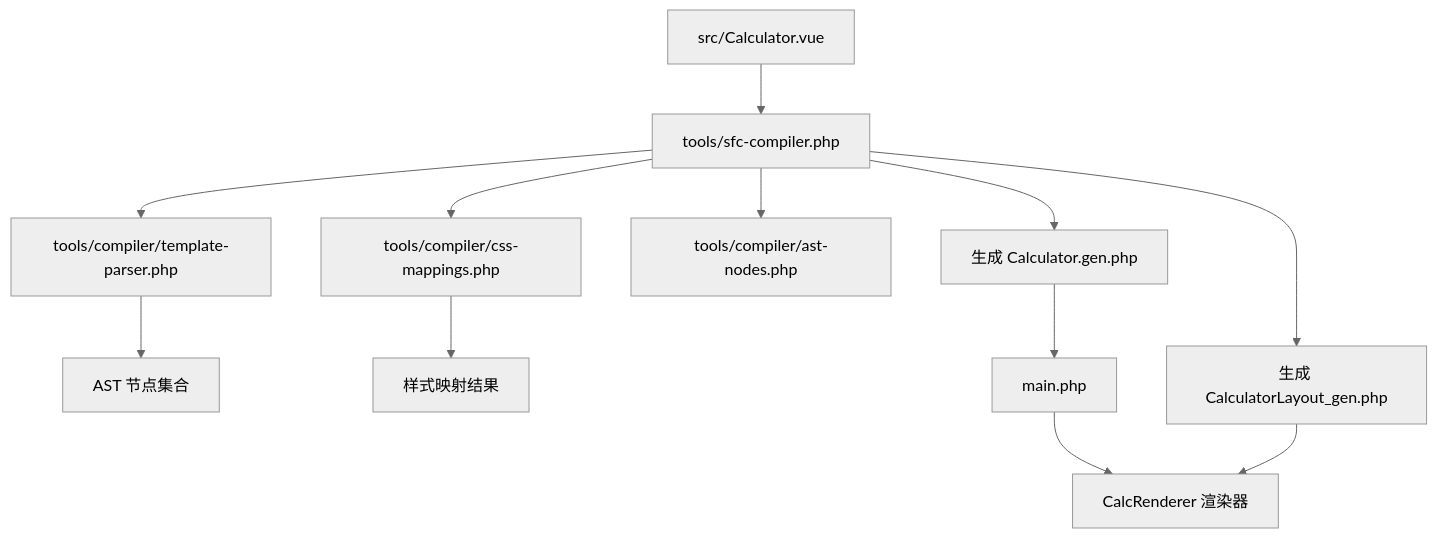
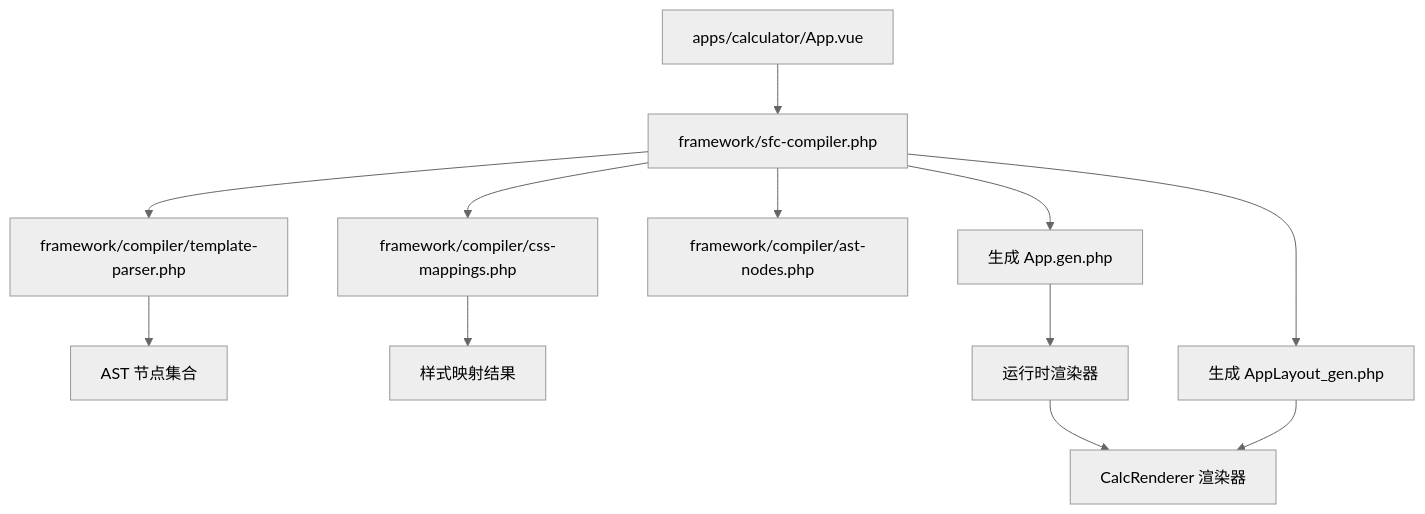
One commit to xingye00186/PHP-Data-UI-Framework-powered-by-swooleAOT changed the first of 7 diagrams in .qoder/repowiki/zh/content/SFC编译器系统/模板解析器.md. Above: the diagram before and after it, drawn with Mermaid (neutral theme). The commit also changed other lines of this file and 37 other files, not shown here.

````diff
--- a/.qoder/repowiki/zh/content/SFC编译器系统/模板解析器.md
+++ b/.qoder/repowiki/zh/content/SFC编译器系统/模板解析器.md
@@ -35,14 +44,14 @@
 ```mermaid
 graph TB
-A["src/Calculator.vue"] --> B["tools/sfc-compiler.php"]
-B --> C["tools/compiler/template-parser.php"]
-B --> D["tools/compiler/css-mappings.php"]
-B --> E["tools/compiler/ast-nodes.php"]
+A["apps/calculator/App.vue"] --> B["framework/sfc-compiler.php"]
+B --> C["framework/compiler/template-parser.php"]
+B --> D["framework/compiler/css-mappings.php"]
+B --> E["framework/compiler/ast-nodes.php"]
 C --> F["AST 节点集合"]
 D --> G["样式映射结果"]
-B --> H["生成 Calculator.gen.php"]
-B --> I["生成 CalculatorLayout_gen.php"]
-J["main.php"] --> K["CalcRenderer 渲染器"]
+B --> H["生成 App.gen.php"]
+B --> I["生成 AppLayout_gen.php"]
+J["运行时渲染器"] --> K["CalcRenderer 渲染器"]
 I --> K
 H --> J
 ```
````
